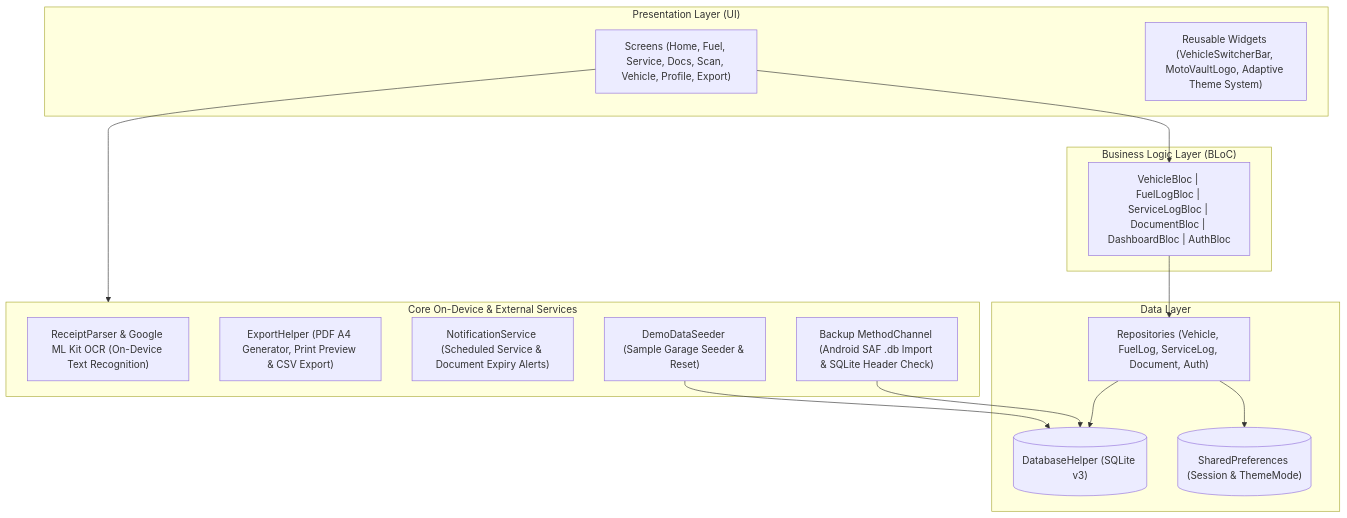
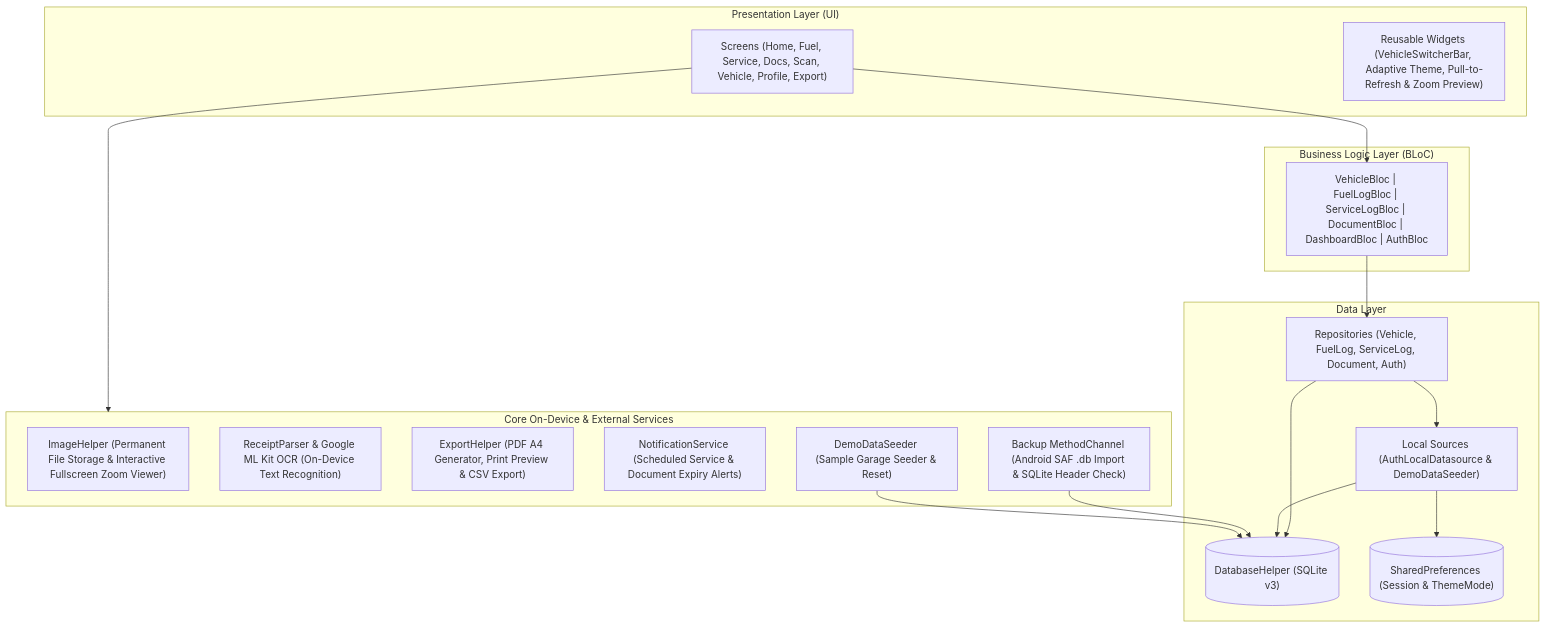
Before and after one commit to sukr02k/PlatKU: the first of 2 diagrams in README.md, drawn with Mermaid. The commit also changed other lines of this file, not shown here.

Commit message:
docs: update README with release APK download table, architecture sync, and v1.2.0 changelog

````diff
--- a/README.md
+++ b/README.md
@@ -69,33 +79,37 @@
 ```mermaid
 flowchart TD
     subgraph Presentation["Presentation Layer (UI)"]
         Screens["Screens (Home, Fuel, Service, Docs, Scan, Vehicle, Profile, Export)"]
-        Widgets["Reusable Widgets (VehicleSwitcherBar, MotoVaultLogo, Adaptive Theme System)"]
+        Widgets["Reusable Widgets (VehicleSwitcherBar, Adaptive Theme, Pull-to-Refresh & Zoom Preview)"]
     end
 
     subgraph Logic["Business Logic Layer (BLoC)"]
         Blocs["VehicleBloc | FuelLogBloc | ServiceLogBloc | DocumentBloc | DashboardBloc | AuthBloc"]
     end
 
     subgraph CoreServices["Core On-Device & External Services"]
+        ImgHelper["ImageHelper (Permanent File Storage & Interactive Fullscreen Zoom Viewer)"]
         OCR["ReceiptParser & Google ML Kit OCR (On-Device Text Recognition)"]
         Export["ExportHelper (PDF A4 Generator, Print Preview & CSV Export)"]
         Notif["NotificationService (Scheduled Service & Document Expiry Alerts)"]
         SAF["Backup MethodChannel (Android SAF .db Import & SQLite Header Check)"]
         Demo["DemoDataSeeder (Sample Garage Seeder & Reset)"]
     end
 
     subgraph Data["Data Layer"]
         Repos["Repositories (Vehicle, FuelLog, ServiceLog, Document, Auth)"]
+        Local["Local Sources (AuthLocalDatasource & DemoDataSeeder)"]
         DB[("DatabaseHelper (SQLite v3)")]
         Prefs[("SharedPreferences (Session & ThemeMode)")]
     end
 
     Screens --> Blocs
     Blocs --> Repos
     Screens --> CoreServices
     Repos --> DB
-    Repos --> Prefs
+    Repos --> Local
+    Local --> DB
+    Local --> Prefs
     SAF --> DB
     Demo --> DB
 ```
````
